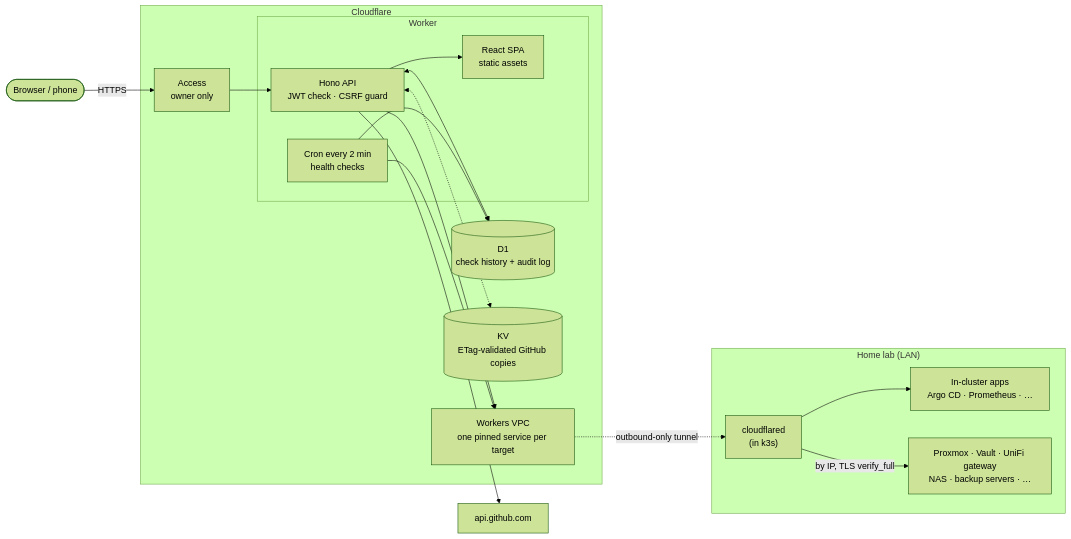
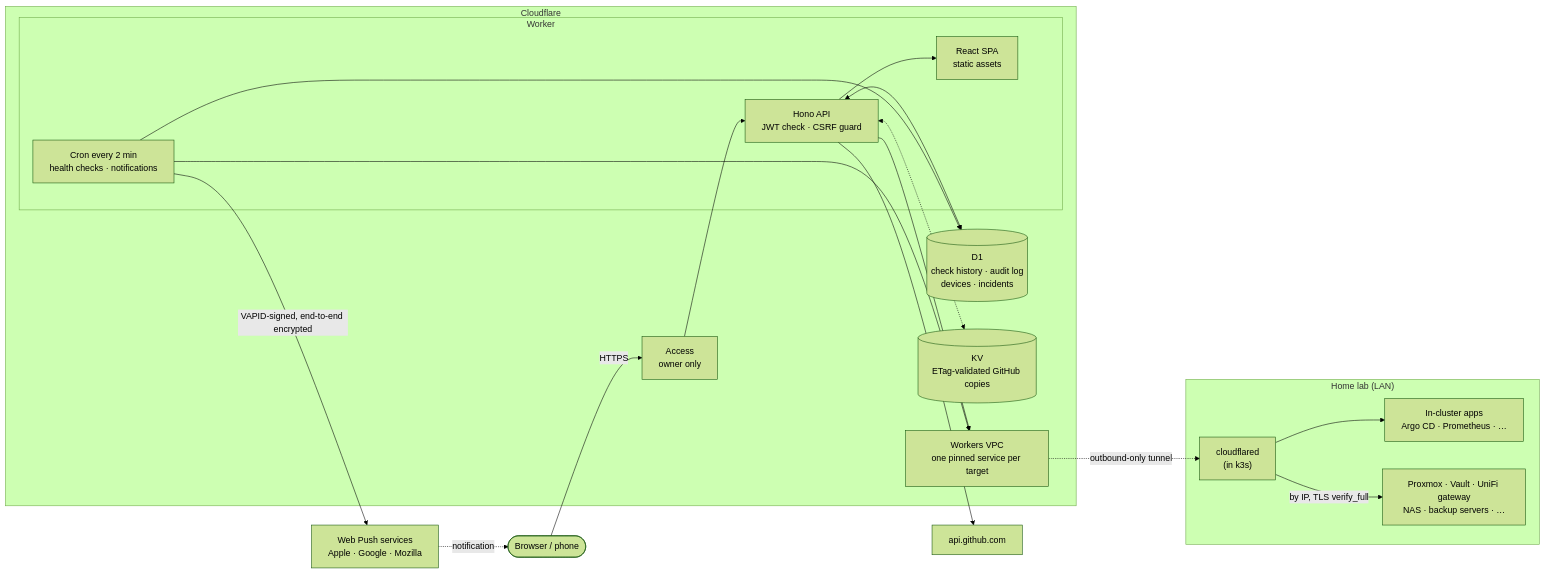
One commit to mike12806/hdctl changed the diagram in README.md. Above: the diagram before and after it, drawn with Mermaid (forest theme). The commit also changed other lines of this file and 46 other files, not shown here.

First line of the commit message:
feat(notify): push notifications for endpoint, alert, Argo CD and workflow failures

````diff
--- a/README.md
+++ b/README.md
@@ -54,36 +56,39 @@
 ```mermaid
 flowchart LR
   you(["Browser / phone"])
 
   subgraph cf["Cloudflare"]
     access["Access<br/>owner only"]
     subgraph worker["Worker"]
       api["Hono API<br/>JWT check · CSRF guard"]
       assets["React SPA<br/>static assets"]
-      cron["Cron every 2 min<br/>health checks"]
+      cron["Cron every 2 min<br/>health checks · notifications"]
     end
-    d1[("D1<br/>check history + audit log")]
+    d1[("D1<br/>check history · audit log<br/>devices · incidents")]
     kv[("KV<br/>ETag-validated GitHub copies")]
     vpc["Workers VPC<br/>one pinned service per target"]
   end
 
   gh["api.github.com"]
+  wp["Web Push services<br/>Apple · Google · Mozilla"]
 
   subgraph lab["Home lab (LAN)"]
     cfd["cloudflared<br/>(in k3s)"]
     capps["In-cluster apps<br/>Argo CD · Prometheus · …"]
     hosts["Proxmox · Vault · UniFi gateway<br/>NAS · backup servers · …"]
   end
 
   you -->|HTTPS| access --> api
   api --> assets
   api <--> d1
   cron --> d1
   api <-.-> kv
   api --> vpc
   cron --> vpc
   vpc -. outbound-only tunnel .-> cfd
   cfd -->|by IP, TLS verify_full| hosts
   cfd --> capps
   api --> gh
+  cron -->|VAPID-signed, end-to-end encrypted| wp
+  wp -. notification .-> you
 ```
````
